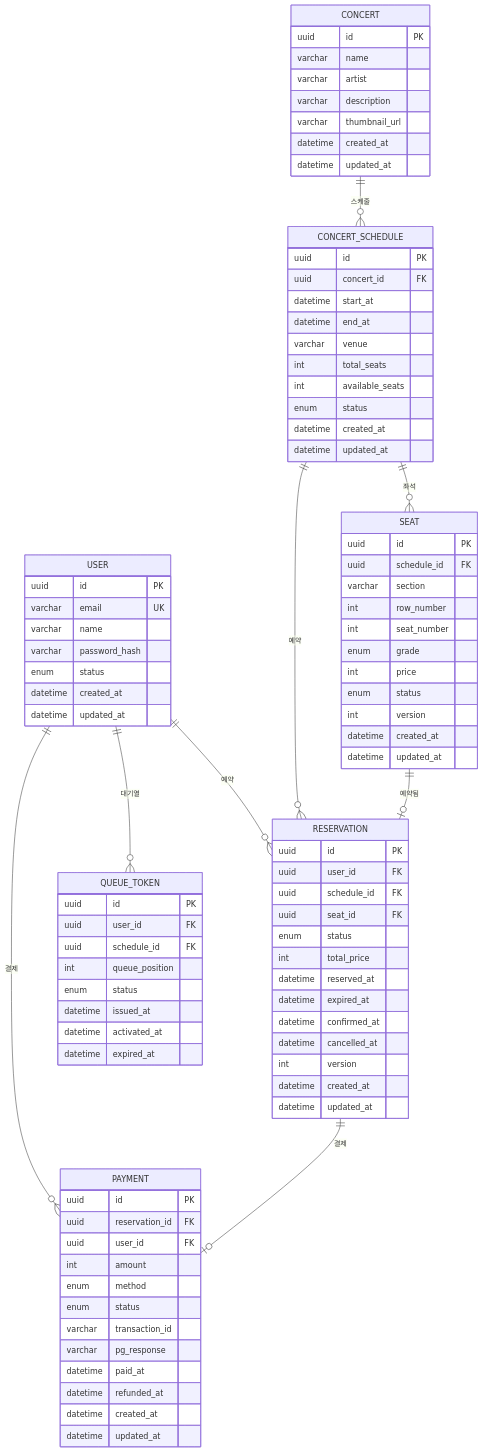
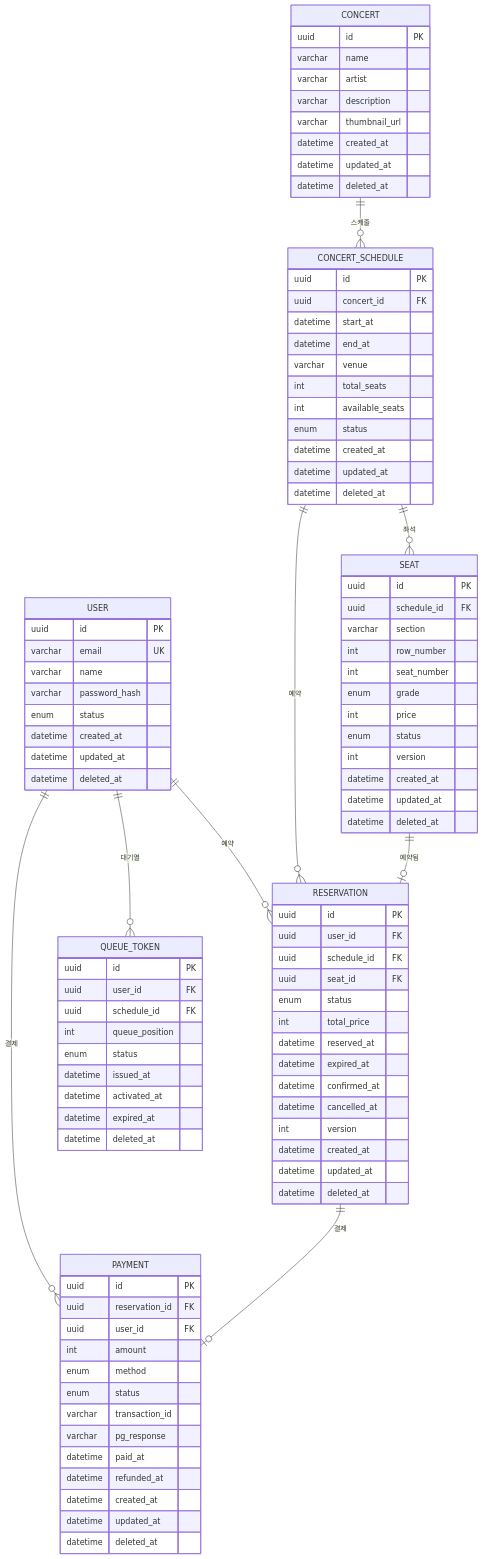
Before and after one commit to 723poil/concert-booking: the diagram in docs/ERD.md, drawn with Mermaid.

Commit message:
chore: apply ERD soft delete

````diff
--- a/docs/ERD.md
+++ b/docs/ERD.md
@@ -36,6 +36,7 @@
         enum status
         datetime created_at
         datetime updated_at
+        datetime deleted_at
     }
 
     CONCERT {
@@ -46,6 +47,7 @@
         varchar thumbnail_url
         datetime created_at
         datetime updated_at
+        datetime deleted_at
     }
 
     CONCERT_SCHEDULE {
@@ -59,6 +61,7 @@
         enum status
         datetime created_at
         datetime updated_at
+        datetime deleted_at
     }
 
     SEAT {
@@ -73,6 +76,7 @@
         int version
         datetime created_at
         datetime updated_at
+        datetime deleted_at
     }
 
     RESERVATION {
@@ -89,6 +93,7 @@
         int version
         datetime created_at
         datetime updated_at
+        datetime deleted_at
     }
 
     PAYMENT {
@@ -104,6 +109,7 @@
         datetime refunded_at
         datetime created_at
         datetime updated_at
+        datetime deleted_at
     }
 
     QUEUE_TOKEN {
@@ -115,5 +121,6 @@
         datetime issued_at
         datetime activated_at
         datetime expired_at
+        datetime deleted_at
     }
 ```
````
